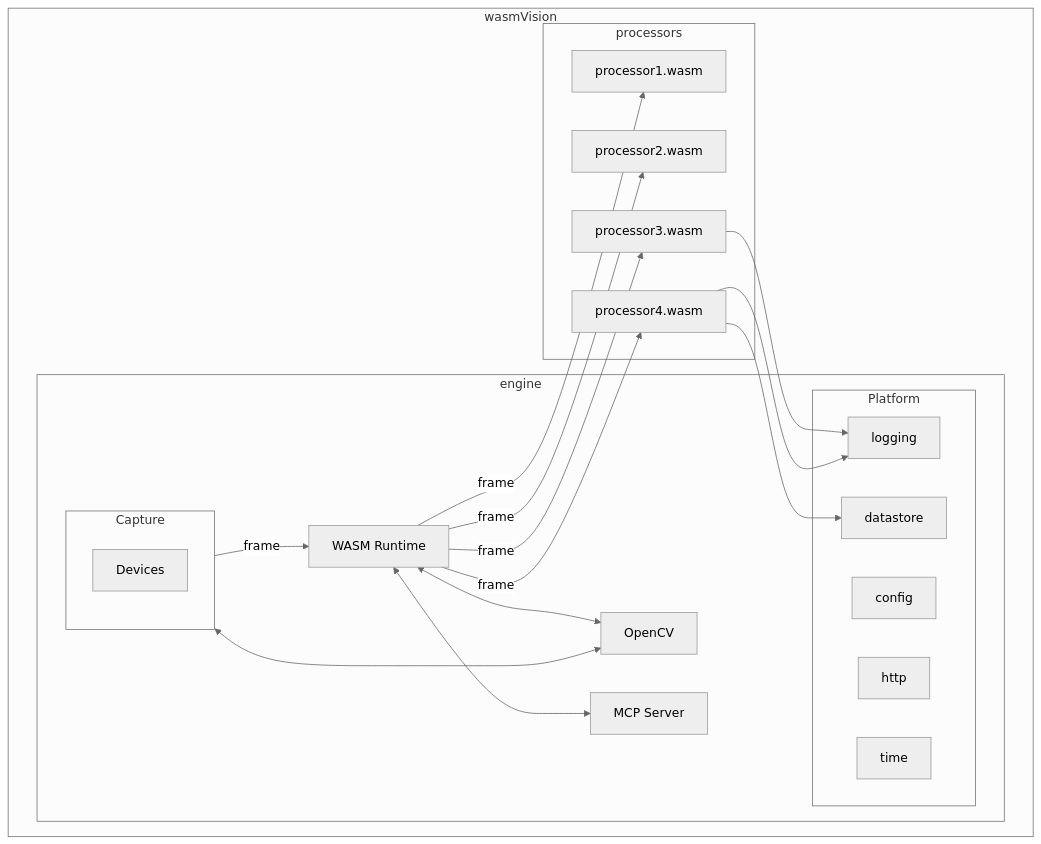
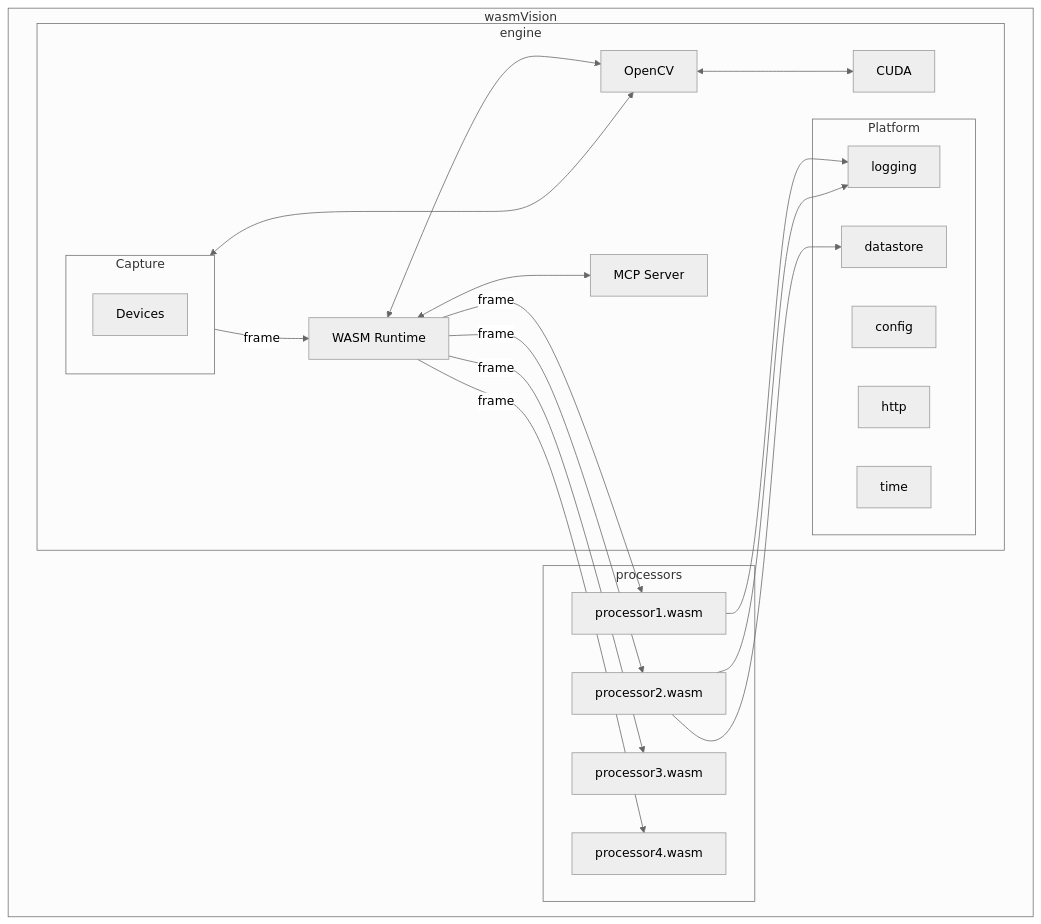
One commit to wasmvision/wasmvision changed the diagram in docs/architecture.md. Above: the diagram before and after it, drawn with Mermaid (neutral theme). The commit also changed other lines of this file and 3 other files, not shown here.

````diff
--- a/docs/architecture.md
+++ b/docs/architecture.md
@@ -5,31 +5,32 @@
 ```mermaid
 flowchart TD
     subgraph wasmVision
         subgraph engine
             subgraph Capture
                 Devices
             end
             Runtime[WASM Runtime]
             Capture--frame-->Runtime
             Capture<-->OpenCV
             Runtime<-->OpenCV
+            OpenCV<-->CUDA
             subgraph Platform
                 logging
                 config
                 http
                 datastore
                 time
             end
             Runtime<-->MCP[MCP Server]
         end
         subgraph processors
             Runtime--frame-->processor1.wasm
             Runtime--frame-->processor2.wasm
             Runtime--frame-->processor3.wasm
             Runtime--frame-->processor4.wasm
         end
-        processor3.wasm-->logging
-        processor4.wasm-->logging
-        processor4.wasm-->datastore
+        processor1.wasm-->logging
+        processor2.wasm-->logging
+        processor2.wasm-->datastore
     end
 ```
````
